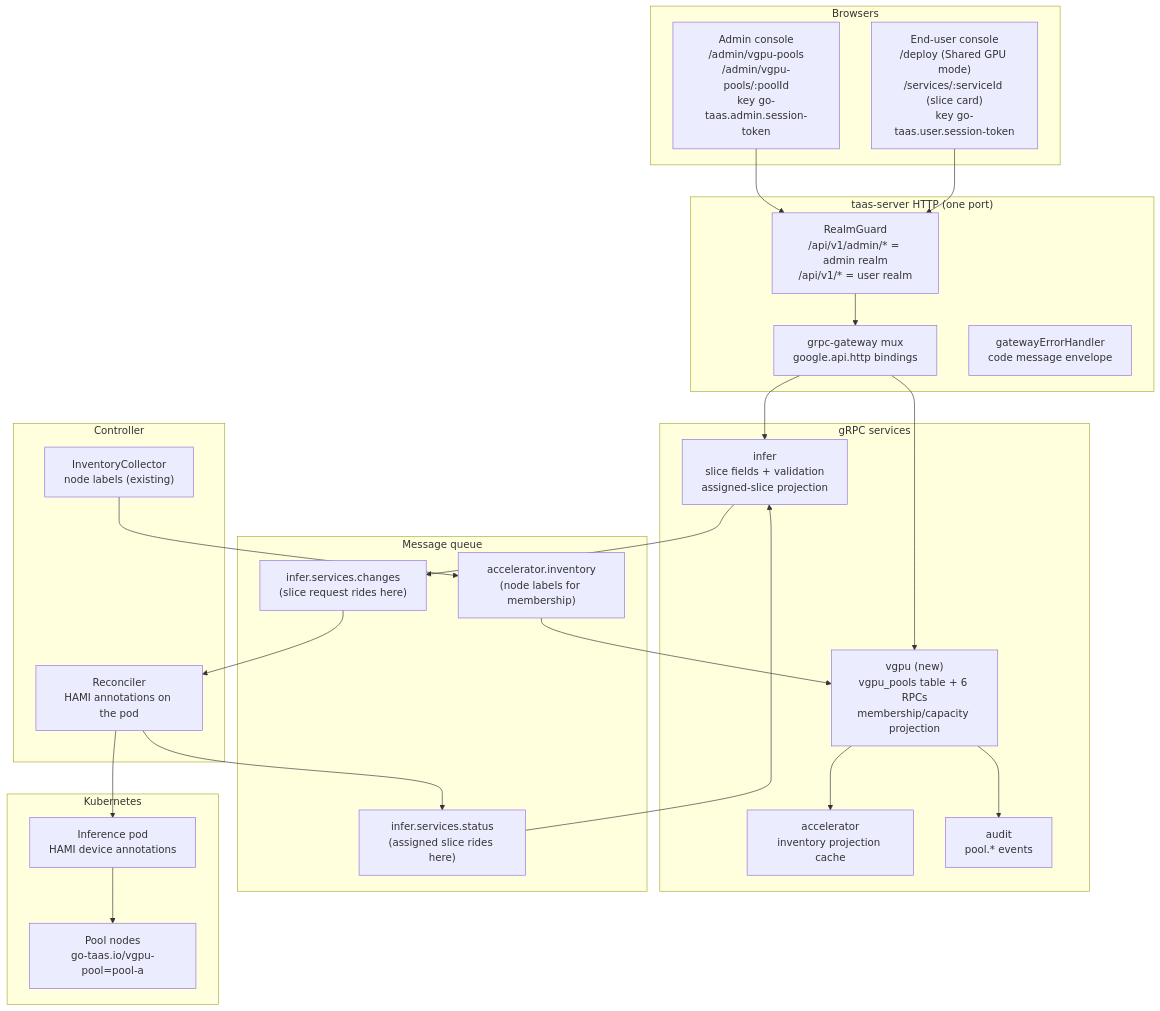
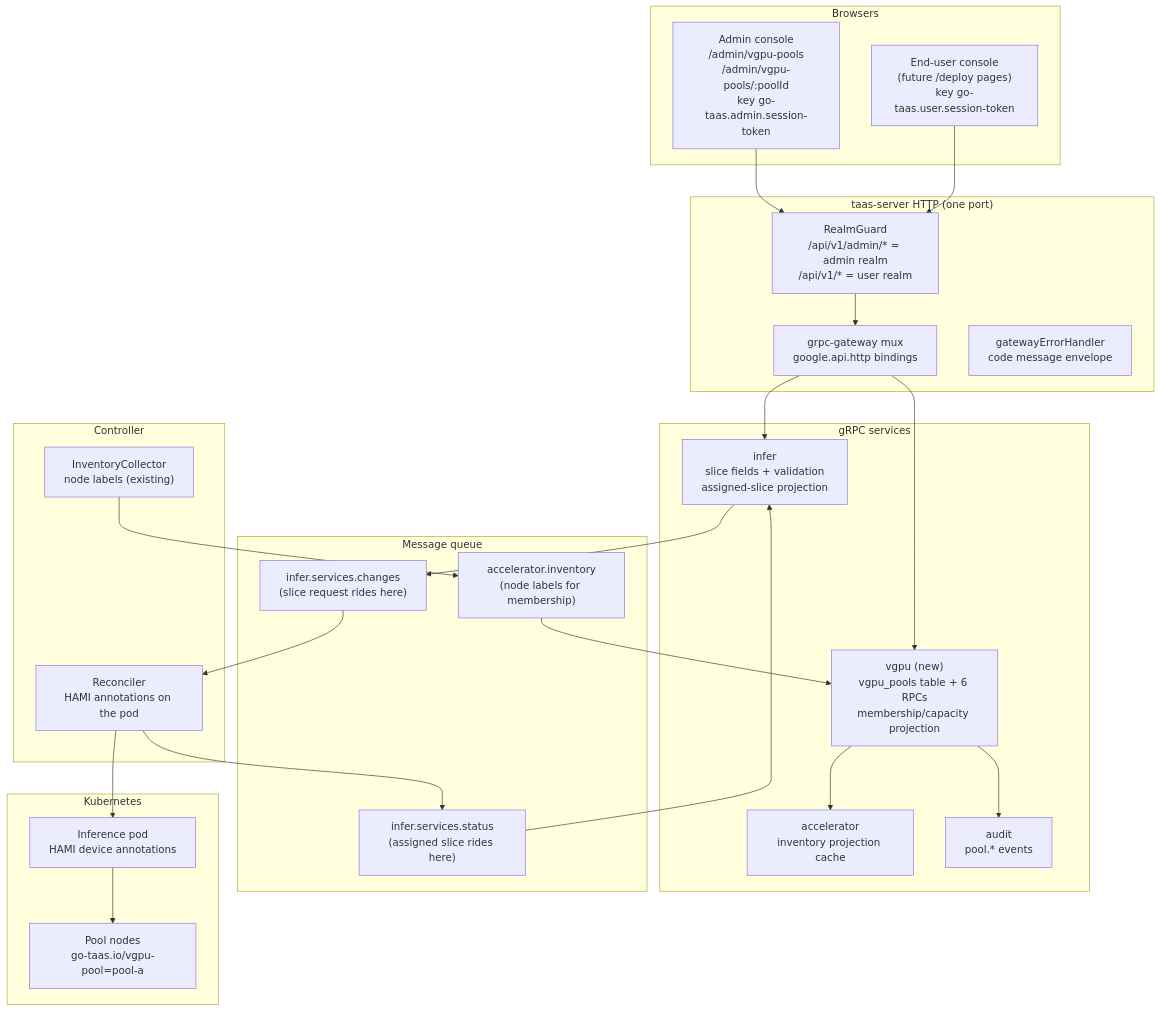
Before and after one commit to go-taas/go-taas: the first of 3 diagrams in site/docs/architecture/vgpu-slicing-pool.md, drawn with Mermaid. The commit also changed other lines of this file and 4 other files, not shown here.

````diff
--- a/site/docs/architecture/vgpu-slicing-pool.md
+++ b/site/docs/architecture/vgpu-slicing-pool.md
@@ -83,52 +83,52 @@
 ```mermaid
 flowchart TD
     subgraph browsers["Browsers"]
         AC["Admin console<br/>/admin/vgpu-pools<br/>/admin/vgpu-pools/:poolId<br/>key go-taas.admin.session-token"]
-        UC["End-user console<br/>/deploy (Shared GPU mode)<br/>/services/:serviceId (slice card)<br/>key go-taas.user.session-token"]
+        UC["End-user console<br/>(future /deploy pages)<br/>key go-taas.user.session-token"]
     end
 
     subgraph gateway["taas-server HTTP (one port)"]
         GUARD["RealmGuard<br/>/api/v1/admin/* = admin realm<br/>/api/v1/* = user realm"]
         MUX["grpc-gateway mux<br/>google.api.http bindings"]
         ERR["gatewayErrorHandler<br/>code message envelope"]
     end
 
     subgraph services["gRPC services"]
         VGPU["vgpu (new)<br/>vgpu_pools table + 6 RPCs<br/>membership/capacity projection"]
         INF["infer<br/>slice fields + validation<br/>assigned-slice projection"]
         ACC["accelerator<br/>inventory projection cache"]
         AUD["audit<br/>pool.* events"]
     end
 
     subgraph mq["Message queue"]
         CH["infer.services.changes<br/>(slice request rides here)"]
         ST["infer.services.status<br/>(assigned slice rides here)"]
         INV["accelerator.inventory<br/>(node labels for membership)"]
     end
 
     subgraph ctrl["Controller"]
         REC["Reconciler<br/>HAMI annotations on the pod"]
         INVCOL["InventoryCollector<br/>node labels (existing)"]
     end
 
     subgraph k8s["Kubernetes"]
         POD["Inference pod<br/>HAMI device annotations"]
         NODE["Pool nodes<br/>go-taas.io/vgpu-pool=pool-a"]
     end
 
     AC --> GUARD
     UC --> GUARD
     GUARD --> MUX
     MUX --> VGPU
     MUX --> INF
     VGPU --> ACC
     VGPU --> AUD
     INF --> CH
     CH --> REC
     REC --> POD
     POD --> NODE
     INVCOL --> INV
     INV --> VGPU
     REC --> ST
     ST --> INF
 ```
````
